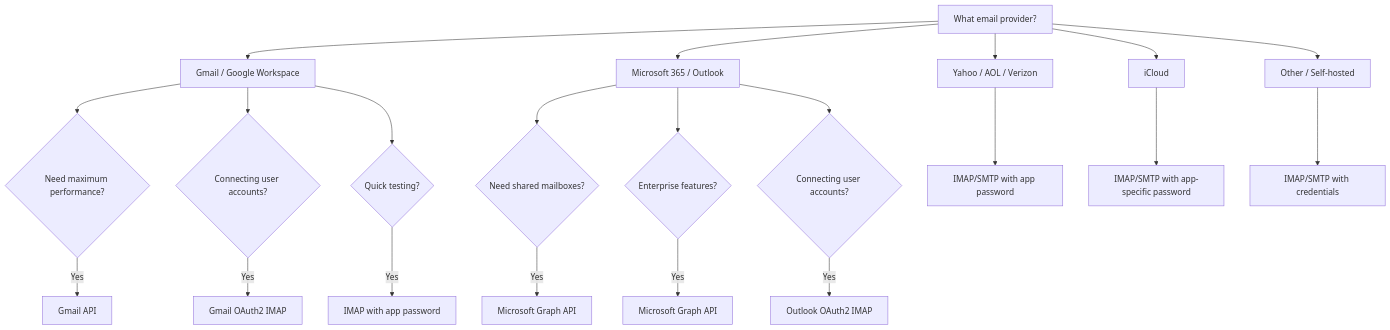
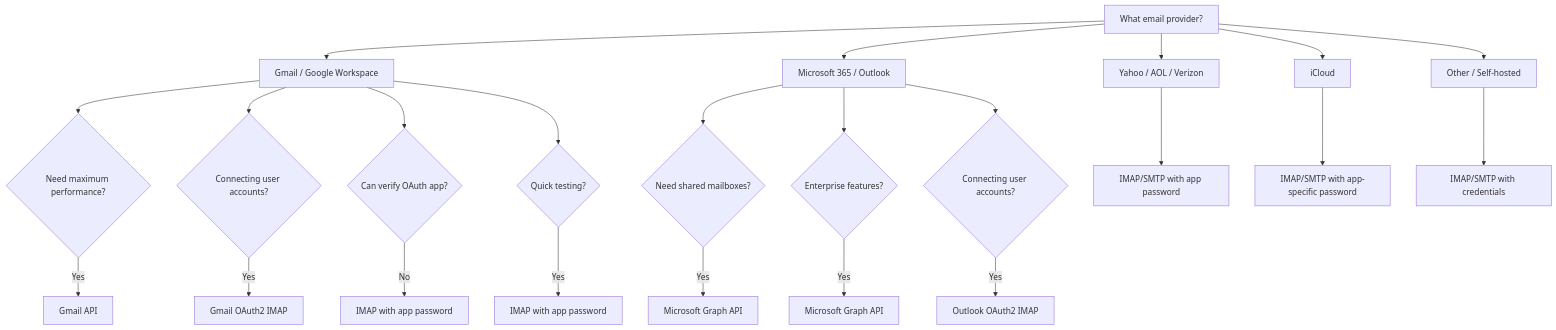
One commit to postalsys/learn-emailengine-app changed the diagram in docs/accounts/index.md. Above: the diagram before and after it, drawn with Mermaid.

Commit message:
Add OAuth app verification decision path to Gmail flowchart
- Added 'Can verify OAuth app?' decision node for Gmail
- If OAuth app cannot be verified (e.g., not allowed use case), use IMAP with app password
- This covers scenarios where Google won't verify the OAuth app
- Helps users understand when to fall back to app-specific passwords

````diff
--- a/docs/accounts/index.md
+++ b/docs/accounts/index.md
@@ -138,27 +138,29 @@
 ```mermaid
 graph TD
     Start[What email provider?]
     Start --> Gmail[Gmail / Google Workspace]
     Start --> M365[Microsoft 365 / Outlook]
     Start --> Yahoo[Yahoo / AOL / Verizon]
     Start --> iCloud[iCloud]
     Start --> Other[Other / Self-hosted]
 
     Gmail --> GmailPerf{Need maximum performance?}
     Gmail --> GmailOAuth{Connecting user accounts?}
+    Gmail --> GmailVerify{Can verify OAuth app?}
     Gmail --> GmailTest{Quick testing?}
     GmailPerf -->|Yes| GmailAPI[Gmail API]
     GmailOAuth -->|Yes| GmailOAuth2[Gmail OAuth2 IMAP]
-    GmailTest -->|Yes| GmailIMAPApp[IMAP with app password]
+    GmailVerify -->|No| GmailIMAPApp[IMAP with app password]
+    GmailTest -->|Yes| GmailIMAPApp2[IMAP with app password]
 
     M365 --> M365Shared{Need shared mailboxes?}
     M365 --> M365Enterprise{Enterprise features?}
     M365 --> M365OAuth{Connecting user accounts?}
     M365Shared -->|Yes| GraphAPI[Microsoft Graph API]
     M365Enterprise -->|Yes| GraphAPI2[Microsoft Graph API]
     M365OAuth -->|Yes| OutlookOAuth2[Outlook OAuth2 IMAP]
 
     Yahoo --> YahooIMAP[IMAP/SMTP with app password]
     iCloud --> iCloudIMAP[IMAP/SMTP with app-specific password]
     Other --> OtherIMAP[IMAP/SMTP with credentials]
 ```
````
